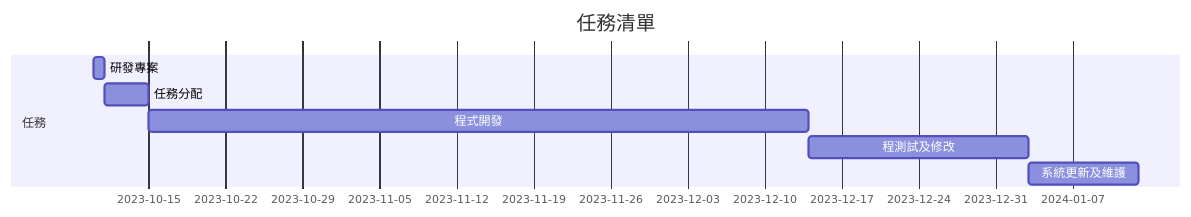
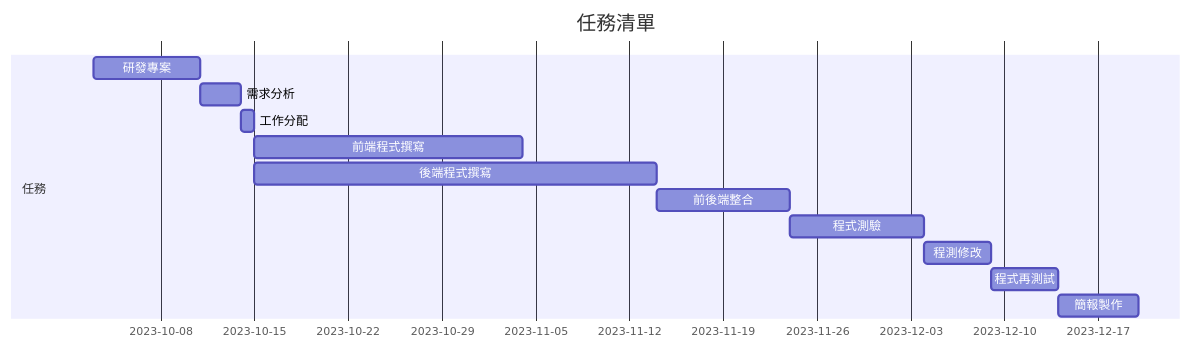
Before and after one commit to LinBroChen/C110118157-: the diagram in README.md, drawn with Mermaid.

````diff
--- a/README.md
+++ b/README.md
@@ -42,10 +42,16 @@
 ```mermaid
 gantt
     title 任務清單
     section 任務
-    研發專案           :a1, 2023-10-10, 1d
-    任務分配           :a2, after a1  , 4d
-    程式開發           :a3, after a2  , 60d
-    程測試及修改           :a4, after a3  , 20d 
-    系統更新及維護           :a5, after a4  , 10d
+    研發專案           :a1, 2023-10-3, 8d
+    需求分析           :a2, after a1  , 3d
+    工作分配           :a3, after a2  , 1d
+    前端程式撰寫        :a4, after a3  , 20d
+    後端程式撰寫        :a5, after a3  , 30d
+    前後端整合          :a6, after a5  , 10d
+    程式測驗           :a7, after a6  , 10d
+    程測修改           :a8, after a7  , 5d
+    程式再測試         :a9, after a8  , 5d
+    簡報製作           :a10, after a9  , 6d
+
 ``` 
````
